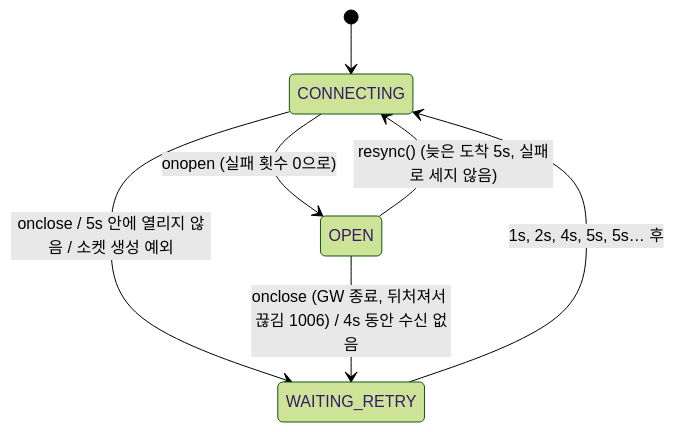
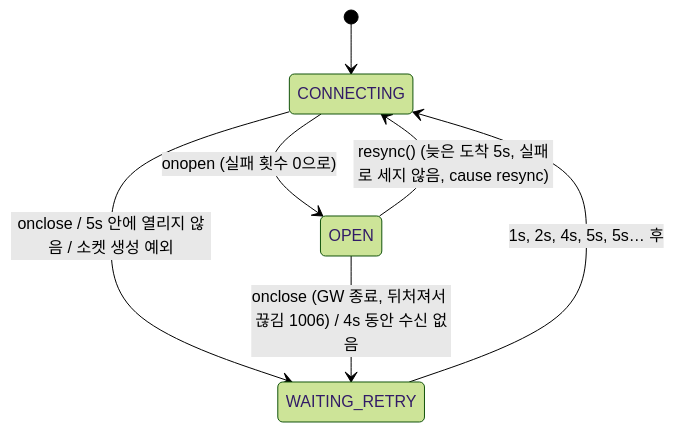
The sixth of 6 diagrams in docs/03_SDD.md (PuniPaw/ugv-control-hmi), drawn with Mermaid (forest theme) before and after one commit. The commit also changed other lines of this file and 4 other files, not shown here.

````diff
--- a/docs/03_SDD.md
+++ b/docs/03_SDD.md
@@ -239,9 +240,9 @@
 ```mermaid
 stateDiagram-v2
     [*] --> CONNECTING
     CONNECTING --> OPEN: onopen (실패 횟수 0으로)
     CONNECTING --> WAITING_RETRY: onclose / 5s 안에 열리지 않음 / 소켓 생성 예외
     OPEN --> WAITING_RETRY: onclose (GW 종료, 뒤처져서 끊김 1006) / 4s 동안 수신 없음
-    OPEN --> CONNECTING: resync() (늦은 도착 5s, 실패로 세지 않음)
+    OPEN --> CONNECTING: resync() (늦은 도착 5s, 실패로 세지 않음, cause resync)
     WAITING_RETRY --> CONNECTING: 1s, 2s, 4s, 5s, 5s… 후
 ```
````
